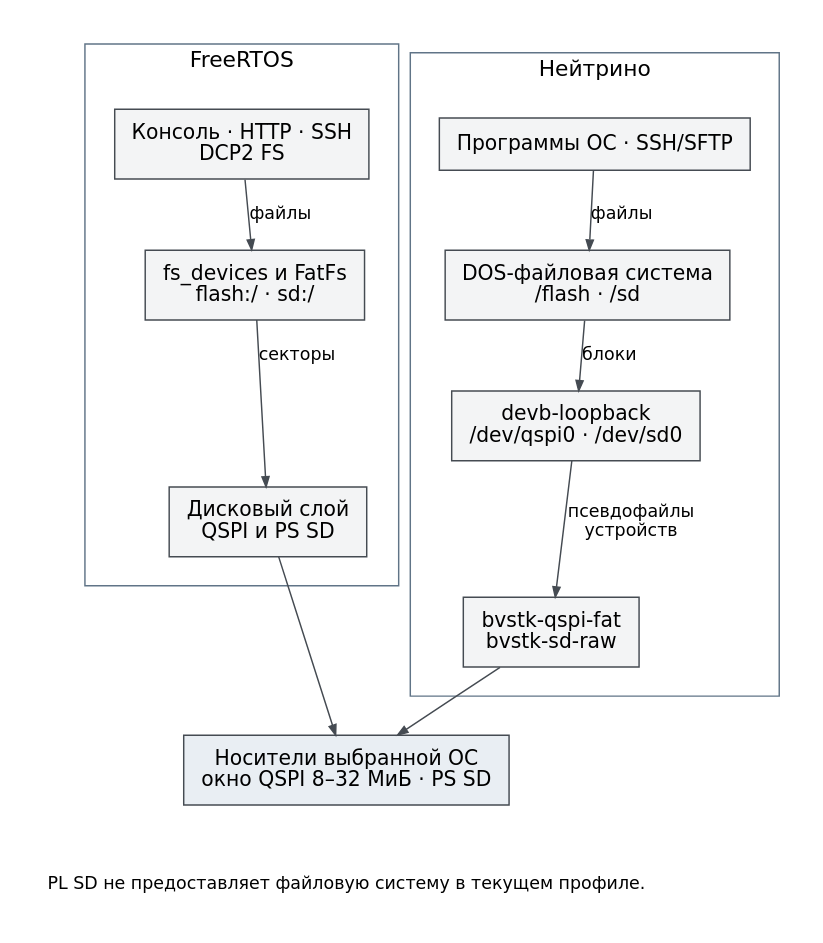
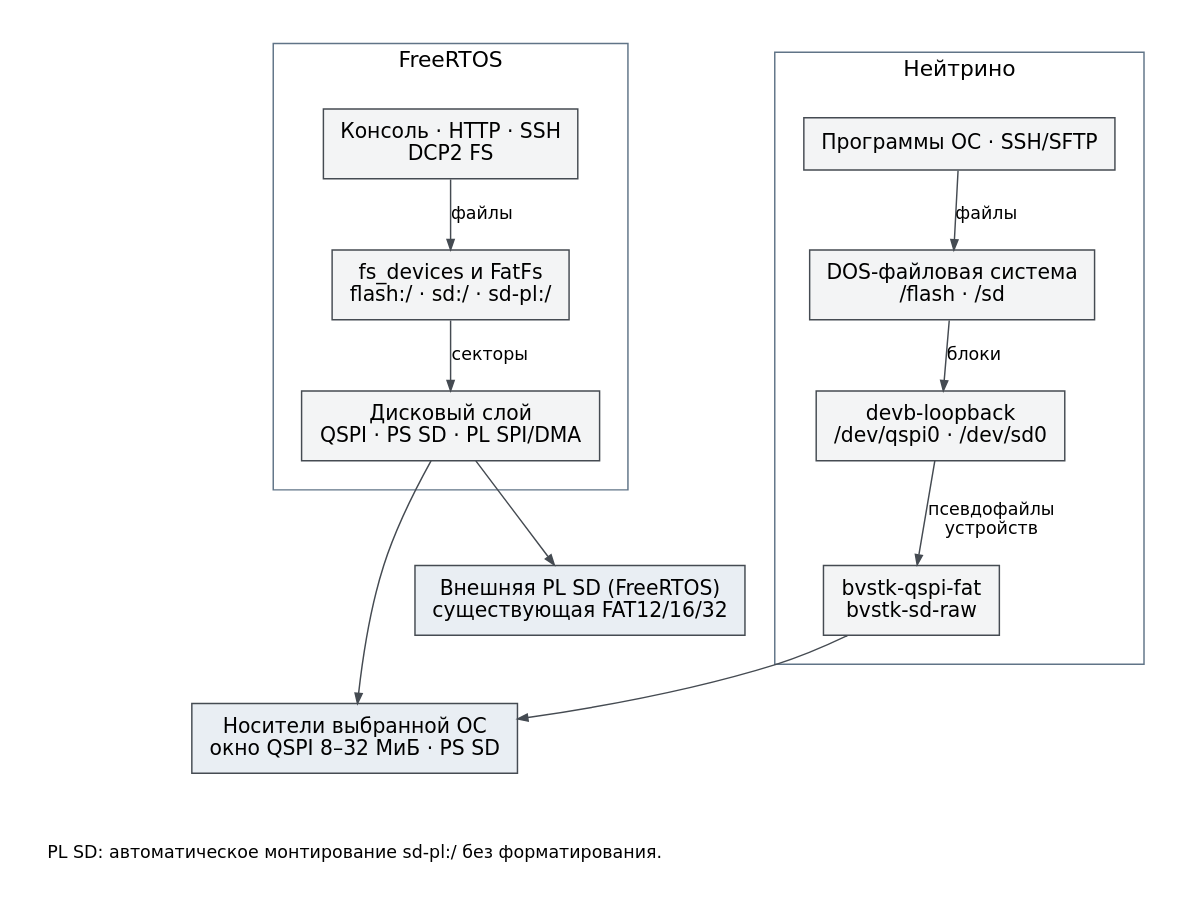
One commit to igtrefilov/bvstk changed the diagram in docs/system/figures/storage.dot. Above: the diagram before and after it, drawn with Graphviz. The commit also changed 56 other files, not shown here.

```diff
--- a/docs/system/figures/storage.dot
+++ b/docs/system/figures/storage.dot
@@ -1,31 +1,33 @@
 // Текущий IFS: проектные raw-менеджеры + devb-loopback, не devb-sdmmc.
 digraph storage {
   graph [rankdir=TB, bgcolor="white", fontname="DejaVu Sans", fontsize=15,
          nodesep=0.6, ranksep=0.5, pad=0.2, newrank=true];
   node [shape=box, style=filled, fillcolor="#f3f4f5", color="#454b52",
         fontname="DejaVu Sans", fontsize=14, margin="0.17,0.13"];
   edge [fontname="DejaVu Sans", fontsize=12, color="#454b52", arrowsize=0.7];
   subgraph cluster_fr {
     label="FreeRTOS"; color="#607487"; margin=20;
     fc [label="Консоль · HTTP · SSH\nDCP2 FS"];
-    ff [label="fs_devices и FatFs\nflash:/ · sd:/"];
-    fd [label="Дисковый слой\nQSPI и PS SD"];
+    ff [label="fs_devices и FatFs\nflash:/ · sd:/ · sd-pl:/"];
+    fd [label="Дисковый слой\nQSPI · PS SD · PL SPI/DMA"];
     fc -> ff [label="файлы"];
     ff -> fd [label="секторы"];
   }
   subgraph cluster_nt {
     label="Нейтрино"; color="#607487"; margin=20;
     nc [label="Программы ОС · SSH/SFTP"];
     nf [label="DOS-файловая система\n/flash · /sd"];
     nl [label="devb-loopback\n/dev/qspi0 · /dev/sd0"];
     nd [label="bvstk-qspi-fat\nbvstk-sd-raw"];
     nc -> nf [label="файлы"];
     nf -> nl [label="блоки"];
     nl -> nd [label="псевдофайлы\nустройств"];
   }
   {rank=same; fc; nc;}
   media [label="Носители выбранной ОС\nокно QSPI 8–32 МиБ · PS SD", fillcolor="#e9eef3"];
   fd -> media; nd -> media;
-  note [shape=plaintext, style="", label="PL SD не предоставляет файловую систему в текущем профиле.", fontsize=12];
+  pl [label="Внешняя PL SD (FreeRTOS)\nсуществующая FAT12/16/32", fillcolor="#e9eef3"];
+  fd -> pl;
+  note [shape=plaintext, style="", label="PL SD: автоматическое монтирование sd-pl:/ без форматирования.", fontsize=12];
   media -> note [style=invis];
 }
```
